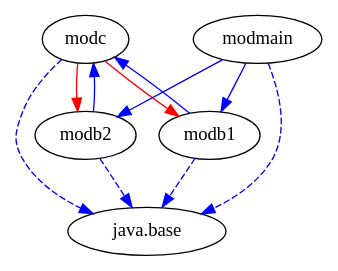
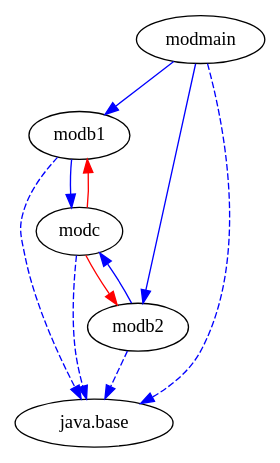
One commit to accso/java9-jigsaw-examples changed the diagram in jigsaw-examples/example_requires_exports-to/moduledependencies.dot. Above: the diagram before and after it, drawn with Graphviz. The commit also changed 81 other files, not shown here.

```diff
--- a/jigsaw-examples/example_requires_exports-to/moduledependencies.dot
+++ b/jigsaw-examples/example_requires_exports-to/moduledependencies.dot
@@ -1,18 +1,18 @@
-# Created by depvis.JigsawDepVisualizer on Sun Nov 20 17:44:25 CET 2016
+# Created by depvis.JigsawDepVisualizer on Fri Dec 30 11:18:20 CET 2016
 digraph Java9_Dependency_Visualizer {
+modb1[fontname="Consolas",shape="ellipse",label="modb1"];
 modc[fontname="Consolas",shape="ellipse",label="modc"];
 java_base[fontname="Consolas",shape="ellipse",label="java.base"];
 modb2[fontname="Consolas",shape="ellipse",label="modb2"];
-modb1[fontname="Consolas",shape="ellipse",label="modb1"];
 modmain[fontname="Consolas",shape="ellipse",label="modmain"];
+modb1 -> modc[color="#0000ff",fontname="Consolas",fontcolor="#0000ff",weight="8"]
+modb1 -> java_base[color="#0000ff",fontname="Consolas",fontcolor="#0000ff",style="dashed",weight="16"]
+modb2 -> modc[color="#0000ff",fontname="Consolas",fontcolor="#0000ff",weight="8"]
+modb2 -> java_base[color="#0000ff",fontname="Consolas",fontcolor="#0000ff",style="dashed",weight="16"]
+modmain -> modb1[color="#0000ff",fontname="Consolas",fontcolor="#0000ff",weight="8"]
+modmain -> modb2[color="#0000ff",fontname="Consolas",fontcolor="#0000ff",weight="8"]
+modmain -> java_base[color="#0000ff",fontname="Consolas",fontcolor="#0000ff",style="dashed",weight="16"]
 modc -> java_base[color="#0000ff",fontname="Consolas",fontcolor="#0000ff",style="dashed",weight="16"]
 modc -> modb2[fontname="Consolas",fontcolor="#ff0000",color="#ff0000",weight="2"]
 modc -> modb1[fontname="Consolas",fontcolor="#ff0000",color="#ff0000",weight="2"]
-modb2 -> modc[color="#0000ff",fontname="Consolas",fontcolor="#0000ff",weight="8"]
-modb2 -> java_base[color="#0000ff",fontname="Consolas",fontcolor="#0000ff",style="dashed",weight="16"]
-modb1 -> modc[color="#0000ff",fontname="Consolas",fontcolor="#0000ff",weight="8"]
-modb1 -> java_base[color="#0000ff",fontname="Consolas",fontcolor="#0000ff",style="dashed",weight="16"]
-modmain -> modb1[color="#0000ff",fontname="Consolas",fontcolor="#0000ff",weight="8"]
-modmain -> modb2[color="#0000ff",fontname="Consolas",fontcolor="#0000ff",weight="8"]
-modmain -> java_base[color="#0000ff",fontname="Consolas",fontcolor="#0000ff",style="dashed",weight="16"]
 }
```
